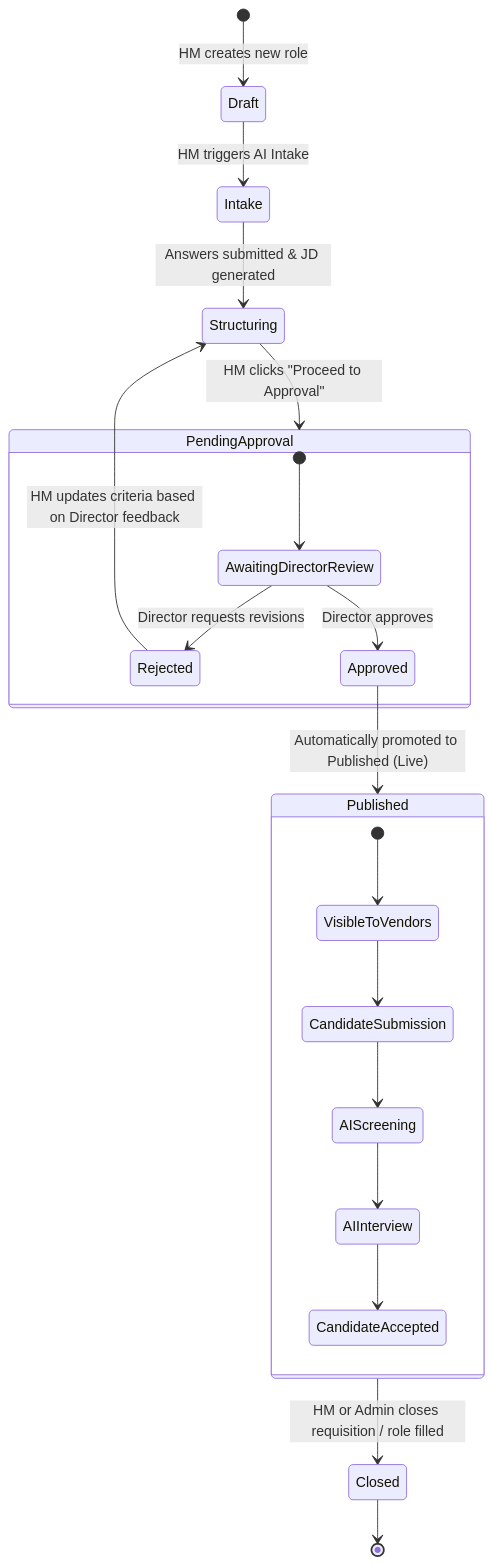
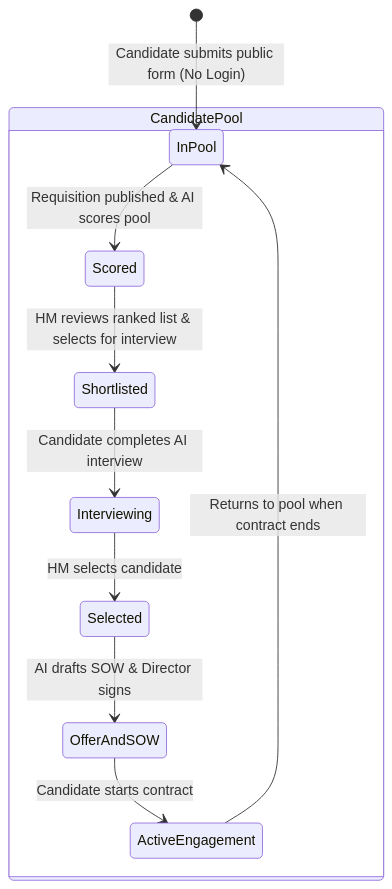
One commit to admin-indiemakers/Term-Jobs changed the third of 3 diagrams in ARCHITECTURE_AND_FLOW.md. Above: the diagram before and after it, drawn with Mermaid. The commit also changed other lines of this file and 9 other files, not shown here.

First line of the commit message:
feat(talent-pool): transition from vendor model to direct candidate pool architecture

````diff
--- a/ARCHITECTURE_AND_FLOW.md
+++ b/ARCHITECTURE_AND_FLOW.md
@@ -181,27 +149,14 @@
 ```mermaid
 stateDiagram-v2
-    [*] --> Draft: HM creates new role
-    Draft --> Intake: HM triggers AI Intake
-    Intake --> Structuring: Answers submitted & JD generated
-    Structuring --> PendingApproval: HM clicks "Proceed to Approval"
+    [*] --> InPool: Candidate submits public form (No Login)
     
-    state PendingApproval {
-        [*] --> AwaitingDirectorReview
-        AwaitingDirectorReview --> Rejected: Director requests revisions
-        AwaitingDirectorReview --> Approved: Director approves
+    state CandidatePool {
+        InPool --> Scored: Requisition published & AI scores pool
+        Scored --> Shortlisted: HM reviews ranked list & selects for interview
+        Shortlisted --> Interviewing: Candidate completes AI interview
+        Interviewing --> Selected: HM selects candidate
+        Selected --> OfferAndSOW: AI drafts SOW & Director signs
+        OfferAndSOW --> ActiveEngagement: Candidate starts contract
+        ActiveEngagement --> InPool: Returns to pool when contract ends
     }
-
-    Rejected --> Structuring: HM updates criteria based on Director feedback
-    Approved --> Published: Automatically promoted to Published (Live)
-    
-    state Published {
-        [*] --> VisibleToVendors
-        VisibleToVendors --> CandidateSubmission
-        CandidateSubmission --> AIScreening
-        AIScreening --> AIInterview
-        AIInterview --> CandidateAccepted
-    }
-
-    Published --> Closed: HM or Admin closes requisition / role filled
-    Closed --> [*]
 ```
````
